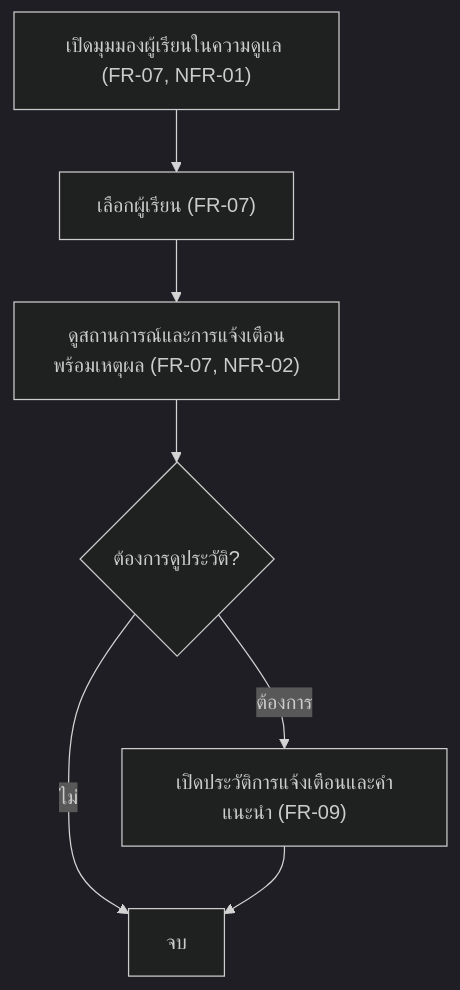
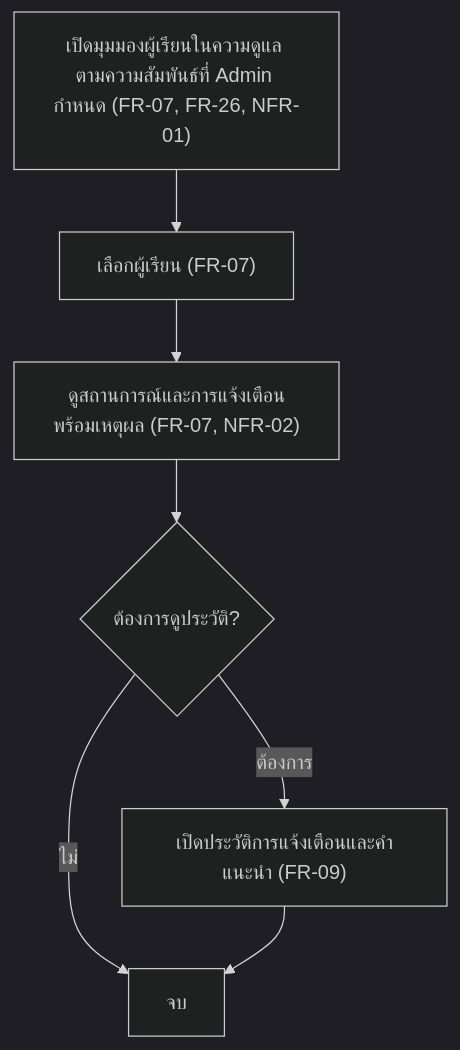
One commit to PAKOSORUS/Grade-Runway-PROJECT3 changed the third of 8 diagrams in docs/02-design/user-journey.md. Above: the diagram before and after it, drawn with Mermaid (dark theme). The commit also changed other lines of this file and 35 other files, not shown here.

````diff
--- a/docs/02-design/user-journey.md
+++ b/docs/02-design/user-journey.md
@@ -70,9 +72,9 @@
 ```mermaid
 flowchart TD
-    A["เปิดมุมมองผู้เรียนในความดูแล (FR-07, NFR-01)"] --> B["เลือกผู้เรียน (FR-07)"]
+    A["เปิดมุมมองผู้เรียนในความดูแล ตามความสัมพันธ์ที่ Admin กำหนด (FR-07, FR-26, NFR-01)"] --> B["เลือกผู้เรียน (FR-07)"]
     B --> C["ดูสถานการณ์และการแจ้งเตือนพร้อมเหตุผล (FR-07, NFR-02)"]
     C --> D{"ต้องการดูประวัติ?"}
     D -->|ต้องการ| E["เปิดประวัติการแจ้งเตือนและคำแนะนำ (FR-09)"]
     D -->|ไม่| Z["จบ"]
     E --> Z
 ```
````
